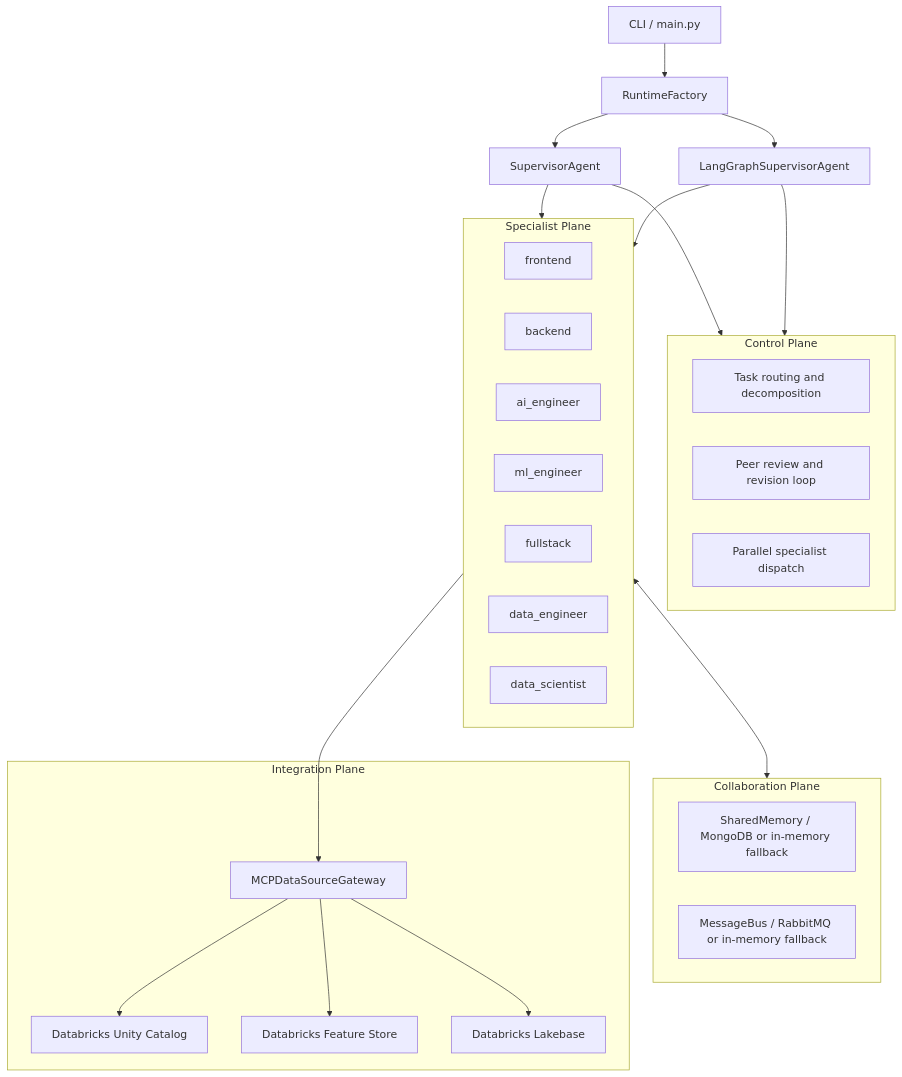
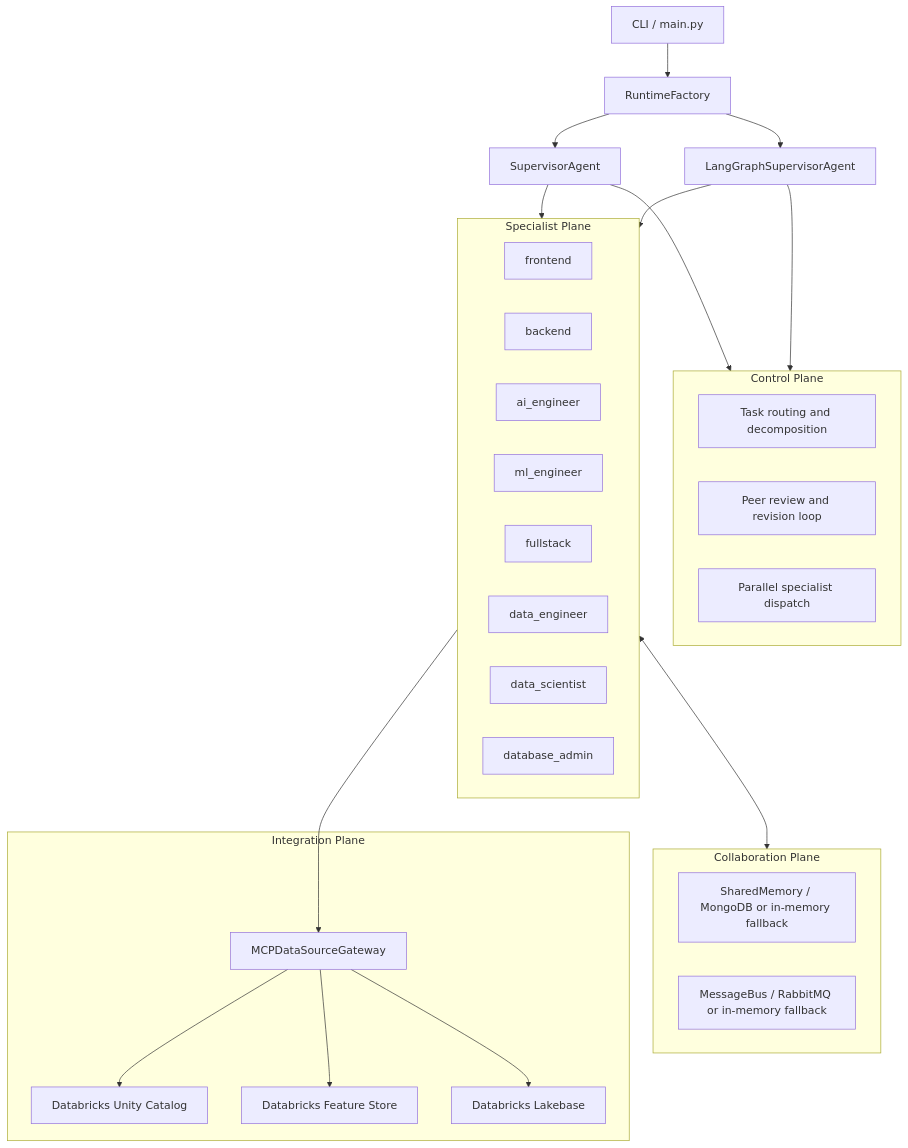
One commit to wchen-dea/Agentic-AI-Platform-on-Databricks changed the first of 3 diagrams in docs/architecture.md. Above: the diagram before and after it, drawn with Mermaid. The commit also changed other lines of this file and 21 other files, not shown here.

````diff
--- a/docs/architecture.md
+++ b/docs/architecture.md
@@ -14,48 +14,49 @@
 ```mermaid
 flowchart TB
   cli[CLI / main.py]
   rt[RuntimeFactory]
   sup[SupervisorAgent]
   lgs[LangGraphSupervisorAgent]
 
   subgraph control[Control Plane]
     routing[Task routing and decomposition]
     review[Peer review and revision loop]
     parallel[Parallel specialist dispatch]
   end
 
   subgraph specialists[Specialist Plane]
     fe[frontend]
     be[backend]
     ai[ai_engineer]
     ml[ml_engineer]
     fs[fullstack]
     de[data_engineer]
     ds[data_scientist]
+    dba[database_admin]
   end
 
   subgraph collaboration[Collaboration Plane]
     mem[SharedMemory / MongoDB or in-memory fallback]
     bus[MessageBus / RabbitMQ or in-memory fallback]
   end
 
   subgraph integration[Integration Plane]
     mcp[MCPDataSourceGateway]
     dsu[Databricks Unity Catalog]
     dsf[Databricks Feature Store]
     dsl[Databricks Lakebase]
   end
 
   cli --> rt
   rt --> sup
   rt --> lgs
   sup --> control
   lgs --> control
   sup --> specialists
   lgs --> specialists
   specialists <--> collaboration
   specialists --> mcp
   mcp --> dsu
   mcp --> dsf
   mcp --> dsl
 ```
````
